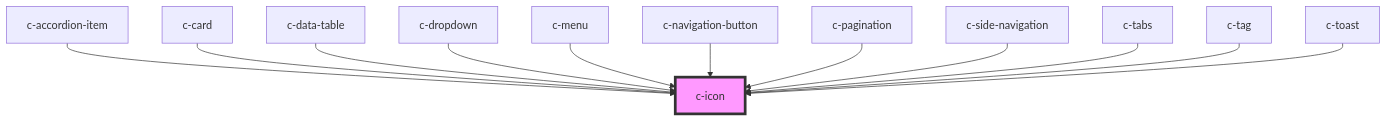
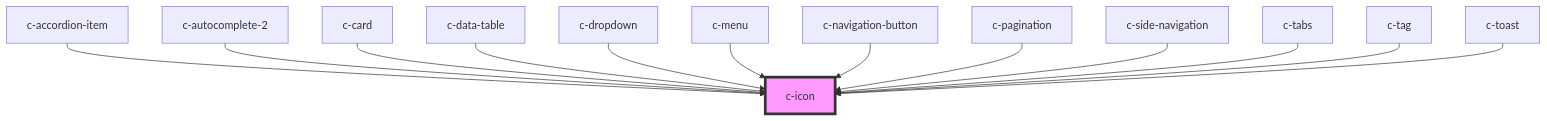
Before and after one commit to CSCfi/ui: the diagram in packages/csc-ui/src/components/c-icon/readme.md, drawn with Mermaid. The commit also changed other lines of this file and 108 other files, not shown here.

````diff
--- a/packages/csc-ui/src/components/c-icon/readme.md
+++ b/packages/csc-ui/src/components/c-icon/readme.md
@@ -41,15 +35,16 @@
 ```mermaid
 graph TD;
   c-accordion-item --> c-icon
+  c-autocomplete-2 --> c-icon
   c-card --> c-icon
   c-data-table --> c-icon
   c-dropdown --> c-icon
   c-menu --> c-icon
   c-navigation-button --> c-icon
   c-pagination --> c-icon
   c-side-navigation --> c-icon
   c-tabs --> c-icon
   c-tag --> c-icon
   c-toast --> c-icon
   style c-icon fill:#f9f,stroke:#333,stroke-width:4px
 ```
````
